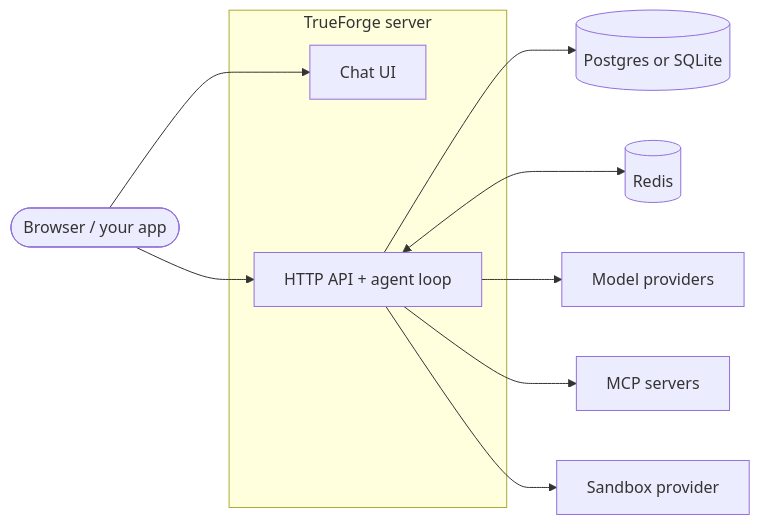
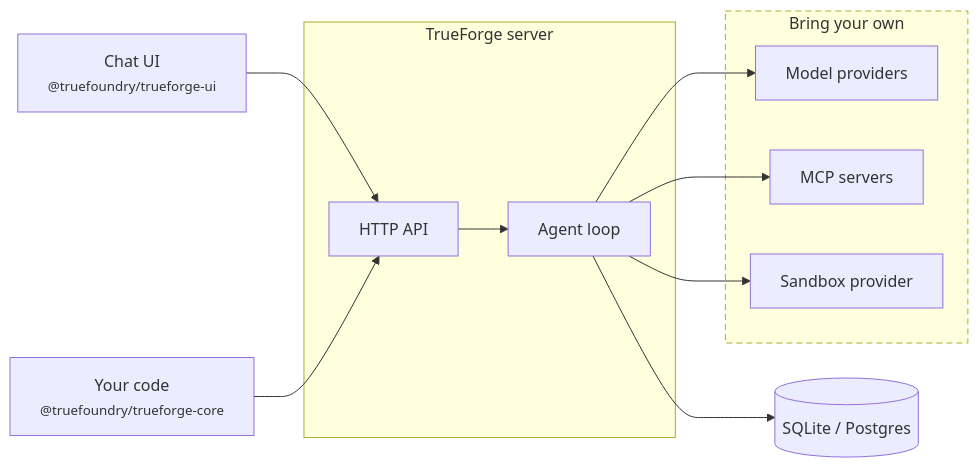
The diagram in docs/introduction.mdx (Aman-goel-04/trueforge), drawn with Mermaid before and after one commit. The commit also changed other lines of this file and 3 other files, not shown here.

````diff
--- a/docs/introduction.mdx
+++ b/docs/introduction.mdx
@@ -79,21 +28,25 @@
 ```mermaid
 flowchart LR
-  browser([Browser / your app])
+  ui[Chat UI<br/><small>@truefoundry/trueforge-ui</small>]
+  code[Your code<br/><small>@truefoundry/trueforge-core</small>]
   subgraph server [TrueForge server]
-    ui[Chat UI]
-    api[HTTP API + agent loop]
+    api[HTTP API]
+    loop[Agent loop]
+    api --> loop
   end
-  db[(Postgres or SQLite)]
-  redis[(Redis)]
-  llm[Model providers]
-  mcp[MCP servers]
-  sandbox[Sandbox provider]
+  db[(SQLite / Postgres)]
+  subgraph byo [Bring your own]
+    llm[Model providers]
+    mcp[MCP servers]
+    sandbox[Sandbox provider]
+  end
 
-  browser --> ui
-  browser --> api
-  api --> db
-  api <--> redis
-  api --> llm
-  api --> mcp
-  api --> sandbox
+  ui --> api
+  code --> api
+  loop --> db
+  loop --> llm
+  loop --> mcp
+  loop --> sandbox
+
+  style byo stroke-dasharray: 6 4
 ```
````
